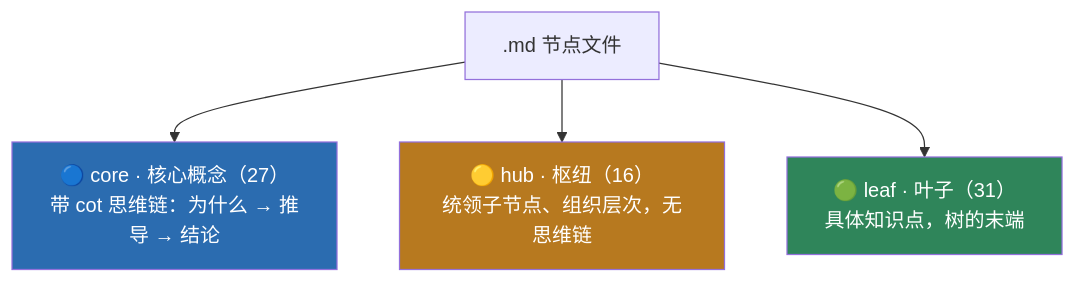
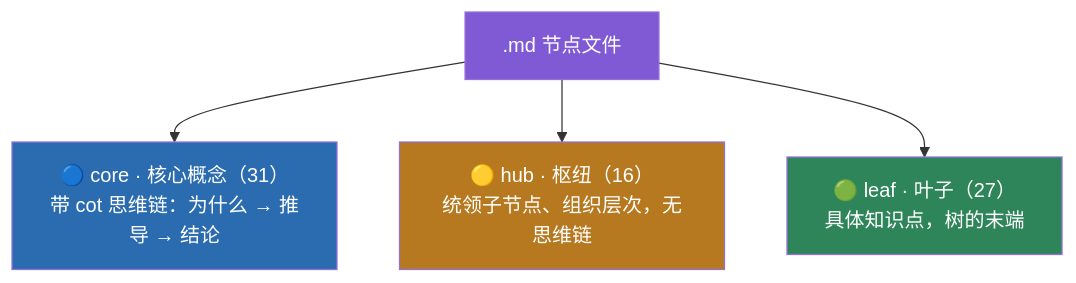
The third of 8 diagrams in README.md (Baixiaodou/comm-knowledge-graph), drawn with Mermaid before and after one commit. The commit also changed other lines of this file, not shown here.

Commit message:
docs: 修正统计（core 31/leaf 27、思维链 31、连接 271/跨树 76）并统一 mermaid 流程图风格

````diff
--- a/README.md
+++ b/README.md
@@ -118,9 +118,10 @@
 ```mermaid
 flowchart TB
-    MD[".md 节点文件"] --> CORE["🔵 core · 核心概念（27）<br/>带 cot 思维链：为什么 → 推导 → 结论"]
+    MD[".md 节点文件"] --> CORE["🔵 core · 核心概念（31）<br/>带 cot 思维链：为什么 → 推导 → 结论"]
     MD --> HUB["🟡 hub · 枢纽（16）<br/>统领子节点、组织层次，无思维链"]
-    MD --> LEAF["🟢 leaf · 叶子（31）<br/>具体知识点，树的末端"]
+    MD --> LEAF["🟢 leaf · 叶子（27）<br/>具体知识点，树的末端"]
+    style MD fill:#805ad5,color:#fff
     style CORE fill:#2b6cb0,color:#fff
     style HUB fill:#b7791f,color:#fff
     style LEAF fill:#2f855a,color:#fff
 ```
````
